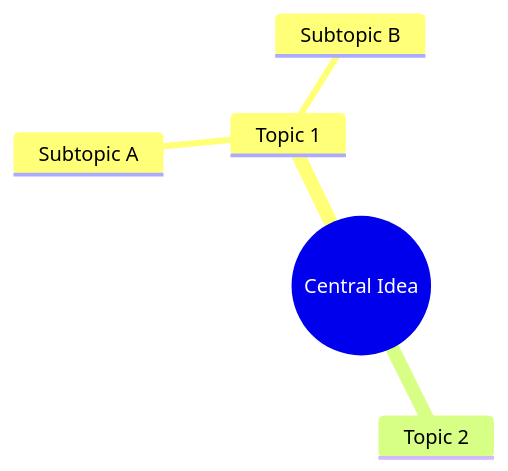
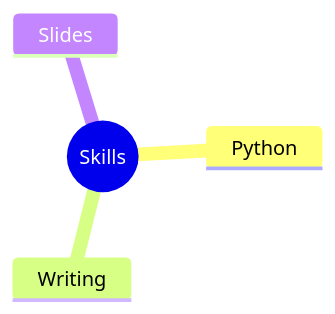
The seventh of 9 diagrams in skills/creating-mermaid-diagrams/references/other-types.md (narumiruna/agent-skills), drawn with Mermaid before and after one commit. The commit also changed other lines of this file and 92 other files, not shown here.

````diff
--- a/skills/creating-mermaid-diagrams/references/other-types.md
+++ b/skills/creating-mermaid-diagrams/references/other-types.md
@@ -129,8 +81,7 @@
 ```mermaid
 mindmap
-  root((Central Idea))
-    Topic 1
-      Subtopic A
-      Subtopic B
-    Topic 2
+  root((Skills))
+    Python
+    Writing
+    Slides
 ```
````
